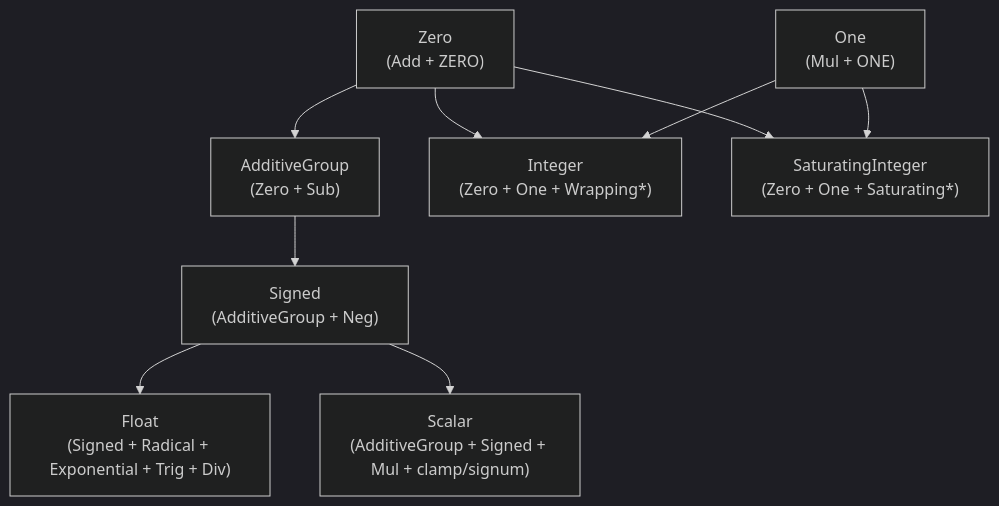
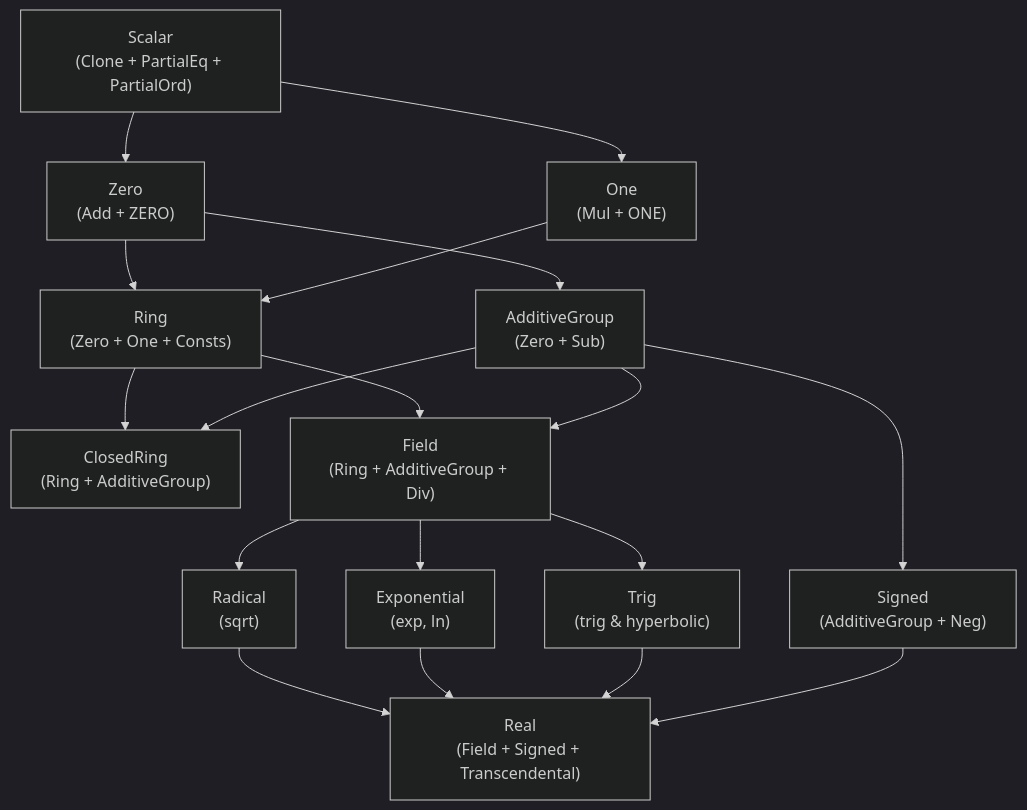
Before and after one commit to Dyse-Industries/control-rs: the diagram in documentation/math/design/num-traits-design.md, drawn with Mermaid (dark theme). The commit also changed other lines of this file and 13 other files, not shown here.

````diff
--- a/documentation/math/design/num-traits-design.md
+++ b/documentation/math/design/num-traits-design.md
@@ -140,13 +170,20 @@
 ```mermaid
 graph TD
-    Zero["Zero<br/>(Add + ZERO)"]
-    One["One<br/>(Mul + ONE)"]
+    Scalar["Scalar<br/>(Clone + PartialEq + PartialOrd)"] --> Zero["Zero<br/>(Add + ZERO)"]
+    Scalar --> One["One<br/>(Mul + ONE)"]
     Zero --> AdditiveGroup["AdditiveGroup<br/>(Zero + Sub)"]
+    Zero --> Ring["Ring<br/>(Zero + One + Consts)"]
+    One --> Ring
+    Ring --> ClosedRing["ClosedRing<br/>(Ring + AdditiveGroup)"]
+    AdditiveGroup --> ClosedRing
     AdditiveGroup --> Signed["Signed<br/>(AdditiveGroup + Neg)"]
-    Zero --> Integer["Integer<br/>(Zero + One + Wrapping*)"]
-    One --> Integer
-    Zero --> SaturatingInteger["SaturatingInteger<br/>(Zero + One + Saturating*)"]
-    One --> SaturatingInteger
-    Signed --> Float["Float<br/>(Signed + Radical + Exponential + Trig + Div)"]
-    Signed --> Scalar["Scalar<br/>(AdditiveGroup + Signed + Mul + clamp/signum)"]
+    Ring --> Field["Field<br/>(Ring + AdditiveGroup + Div)"]
+    AdditiveGroup --> Field
+    Field --> Radical["Radical<br/>(sqrt)"]
+    Field --> Exponential["Exponential<br/>(exp, ln)"]
+    Field --> Trig["Trig<br/>(trig & hyperbolic)"]
+    Radical --> Real["Real<br/>(Field + Signed + Transcendental)"]
+    Exponential --> Real
+    Trig --> Real
+    Signed --> Real
 ```
````
